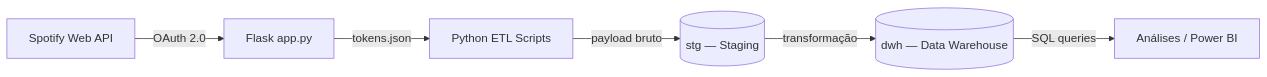
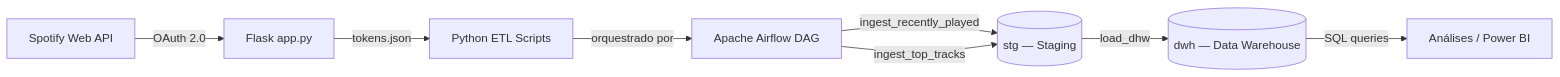
Before and after one commit to Pedrorocha13/MusicPulse: the first of 2 diagrams in README.md, drawn with Mermaid. The commit also changed other lines of this file, not shown here.

Commit message:
doc: incluindo info airflow

````diff
--- a/README.md
+++ b/README.md
@@ -57,8 +59,10 @@
 ```mermaid
 flowchart LR
     A[Spotify Web API] -->|OAuth 2.0| B[Flask app.py]
     B -->|tokens.json| C[Python ETL Scripts]
-    C -->|payload bruto| D[(stg — Staging)]
-    D -->|transformação| E[(dwh — Data Warehouse)]
+    C -->|orquestrado por| G[Apache Airflow DAG]
+    G -->|ingest_recently_played| D[(stg — Staging)]
+    G -->|ingest_top_tracks| D
+    D -->|load_dhw| E[(dwh — Data Warehouse)]
     E -->|SQL queries| F[Análises / Power BI]
 ```
````
